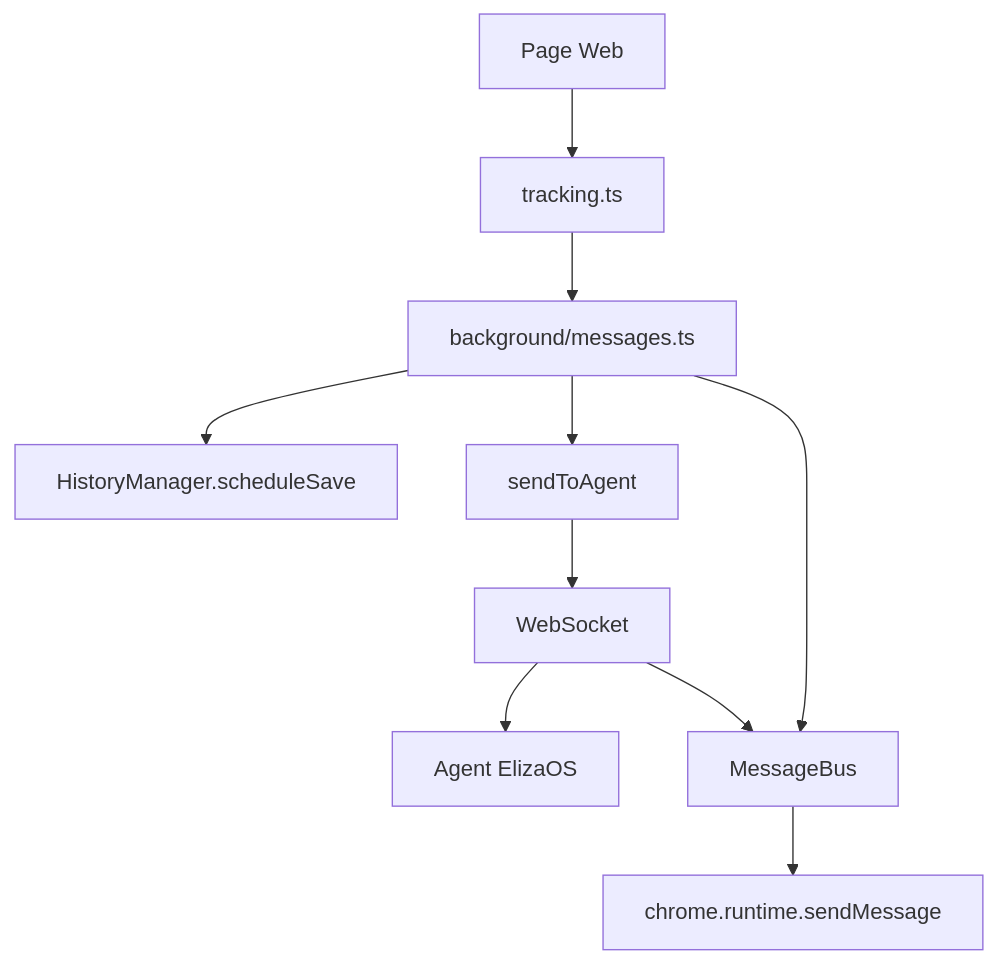
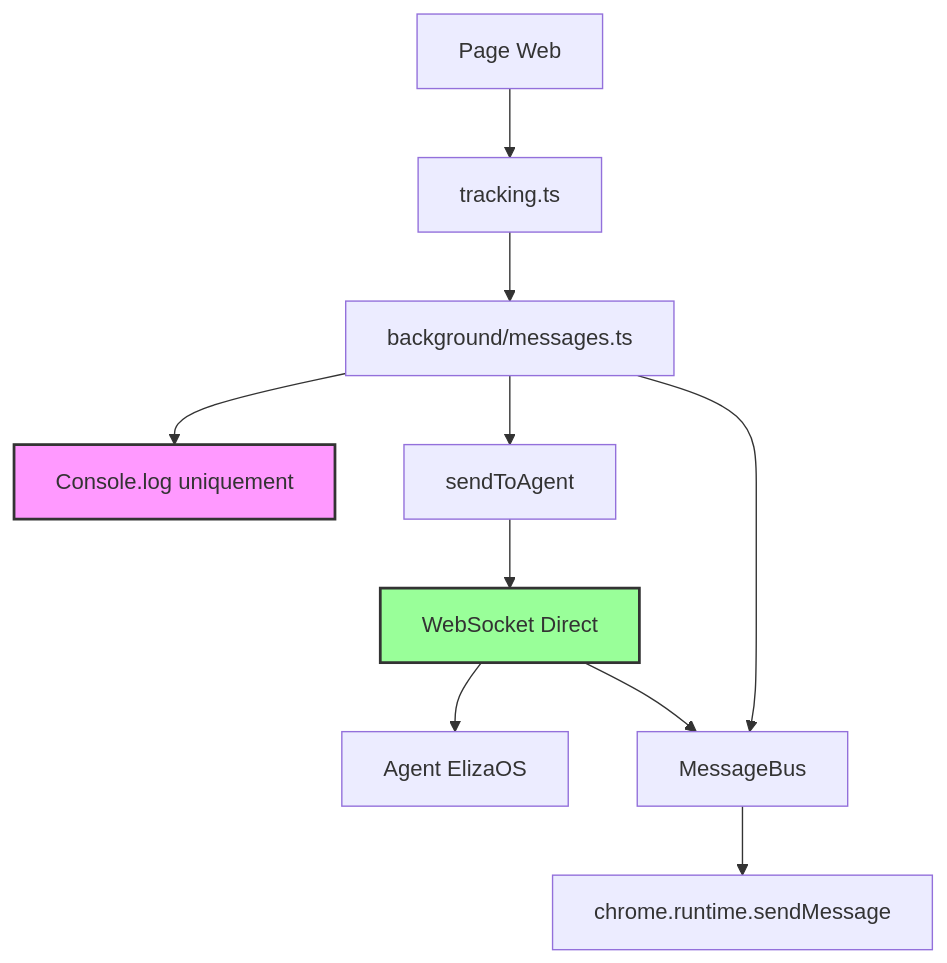
The diagram in SofIA/extension/Developer.md (intuition-box/Sofia), drawn with Mermaid before and after one commit. The commit also changed other lines of this file and 4 other files, not shown here.

Commit message:
history manager deleted

````diff
--- a/SofIA/extension/Developer.md
+++ b/SofIA/extension/Developer.md
@@ -224,13 +225,16 @@
 ```mermaid
 graph TD
     A[Page Web] --> B[tracking.ts]
     B --> C[background/messages.ts]
-    C --> D[HistoryManager.scheduleSave]
+    C --> D[Console.log uniquement]
     C --> E[sendToAgent]
-    E --> F[WebSocket]
+    E --> F[WebSocket Direct]
     F --> G[Agent ElizaOS]
     
     H[MessageBus] --> I[chrome.runtime.sendMessage]
     C --> H
     F --> H
+    
+    style D fill:#f9f,stroke:#333,stroke-width:2px
+    style F fill:#9f9,stroke:#333,stroke-width:2px
 ```
````
